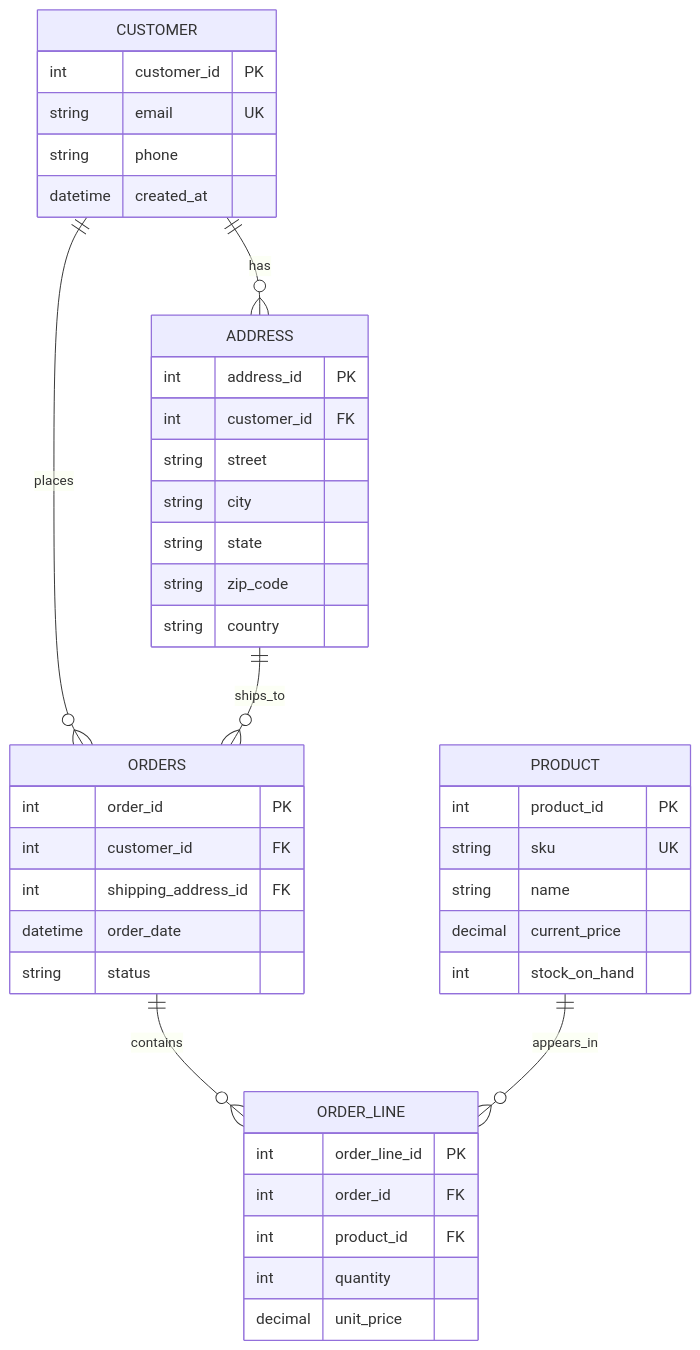
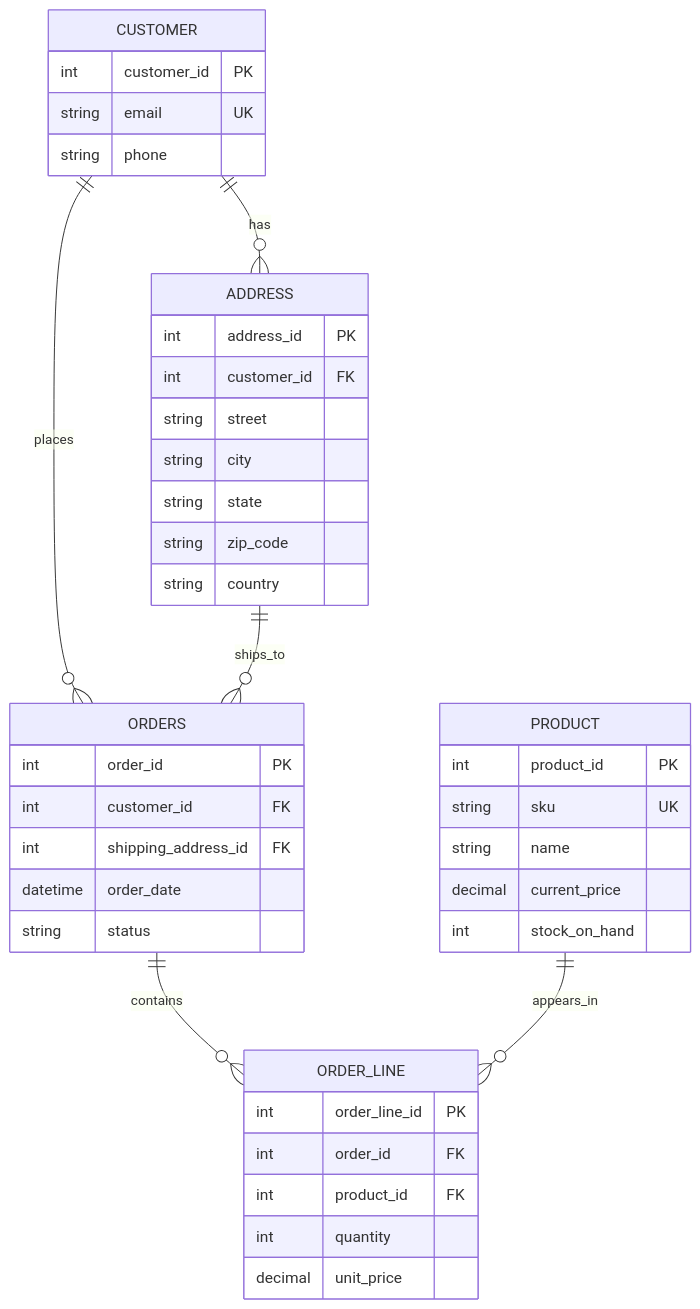
One commit to TRNG-00002423/oscarkardon changed the diagram in Week4/Monday/ecommerce_erd.mermaid. Above: the diagram before and after it, drawn with Mermaid. The commit also changed 2 other files, not shown here.

```diff
--- a/Week4/Monday/ecommerce_erd.mermaid
+++ b/Week4/Monday/ecommerce_erd.mermaid
@@ -1,50 +1,49 @@
 ---
 id: 8d263edb-e35b-47f4-8b52-820f70324994
 ---
 erDiagram
     CUSTOMER {
         int customer_id PK
         string email UK
         string phone
-        datetime created_at
     }
 
     ADDRESS {
         int address_id PK
         int customer_id FK
         string street
         string city
         string state
         string zip_code
         string country
     }
 
     PRODUCT {
         int product_id PK
         string sku UK
         string name
         decimal current_price
         int stock_on_hand
     }
 
     ORDERS {
         int order_id PK
         int customer_id FK
         int shipping_address_id FK
         datetime order_date
         string status
     }
 
     ORDER_LINE {
         int order_line_id PK
         int order_id FK
         int product_id FK
         int quantity
         decimal unit_price
     }
 
     CUSTOMER ||--o{ ADDRESS : has
     CUSTOMER ||--o{ ORDERS : places
     ADDRESS ||--o{ ORDERS : ships_to
     ORDERS ||--o{ ORDER_LINE : contains
     PRODUCT ||--o{ ORDER_LINE : appears_in
```
